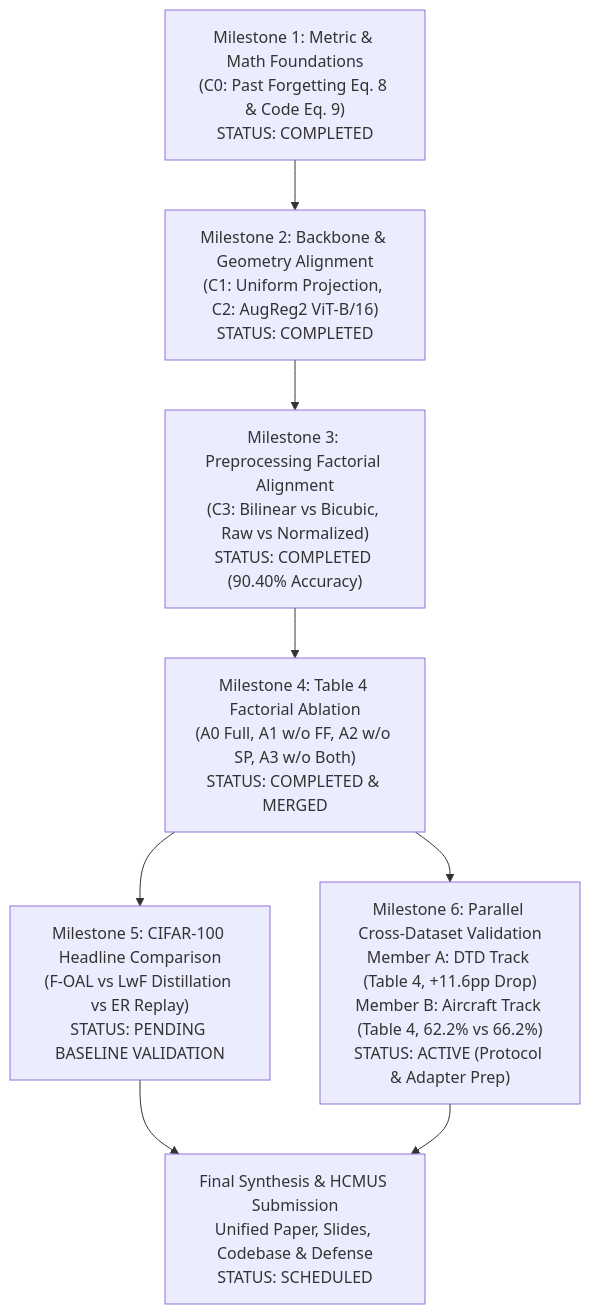
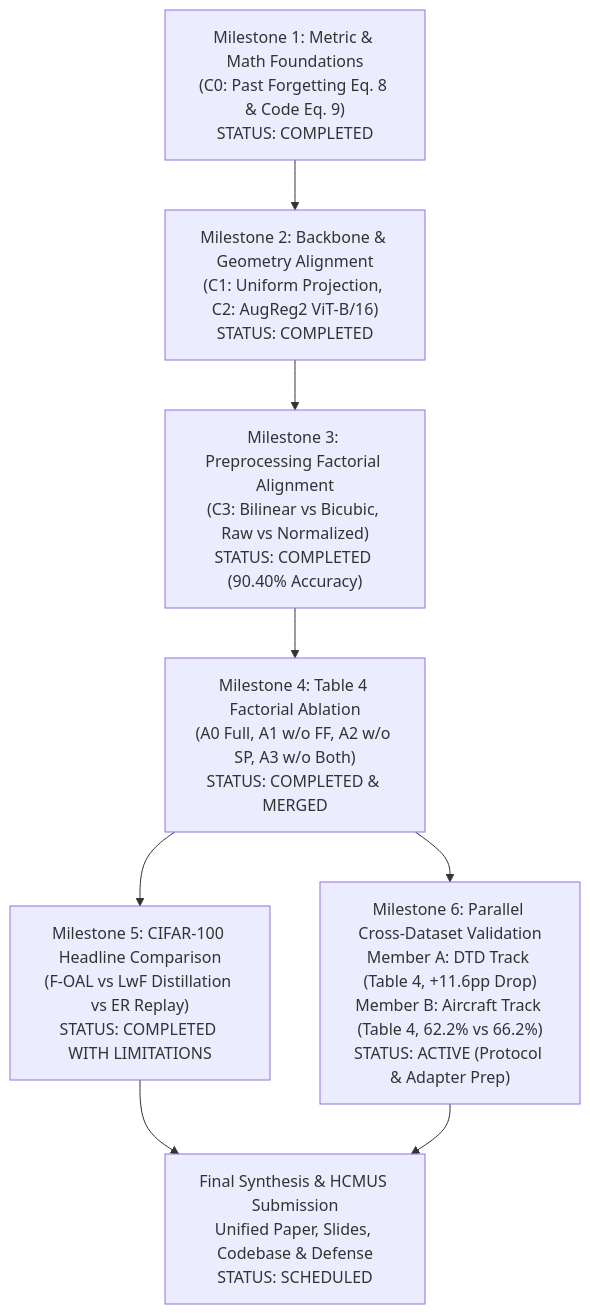
One commit to caoban123/F-OAL changed the diagram in docs/FOAL_FINAL_REPRODUCTION_ROADMAP.md. Above: the diagram before and after it, drawn with Mermaid. The commit also changed other lines of this file and 24 other files, not shown here.

Commit message:
feat(headline): complete official lwf gpu verification, close cifar100 benchmark and hand off cross-dataset roadmap

````diff
--- a/docs/FOAL_FINAL_REPRODUCTION_ROADMAP.md
+++ b/docs/FOAL_FINAL_REPRODUCTION_ROADMAP.md
@@ -14,11 +14,11 @@
 ```mermaid
 flowchart TD
     M1["Milestone 1: Metric & Math Foundations<br>(C0: Past Forgetting Eq. 8 & Code Eq. 9)<br>STATUS: COMPLETED"] --> M2
     M2["Milestone 2: Backbone & Geometry Alignment<br>(C1: Uniform Projection, C2: AugReg2 ViT-B/16)<br>STATUS: COMPLETED"] --> M3
     M3["Milestone 3: Preprocessing Factorial Alignment<br>(C3: Bilinear vs Bicubic, Raw vs Normalized)<br>STATUS: COMPLETED (90.40% Accuracy)"] --> M4
     M4["Milestone 4: Table 4 Factorial Ablation<br>(A0 Full, A1 w/o FF, A2 w/o SP, A3 w/o Both)<br>STATUS: COMPLETED & MERGED"] --> M5
     M4 --> M6
-    M5["Milestone 5: CIFAR-100 Headline Comparison<br>(F-OAL vs LwF Distillation vs ER Replay)<br>STATUS: PENDING BASELINE VALIDATION"] --> Final
+    M5["Milestone 5: CIFAR-100 Headline Comparison<br>(F-OAL vs LwF Distillation vs ER Replay)<br>STATUS: COMPLETED WITH LIMITATIONS"] --> Final
     M6["Milestone 6: Parallel Cross-Dataset Validation<br>Member A: DTD Track (Table 4, +11.6pp Drop)<br>Member B: Aircraft Track (Table 4, 62.2% vs 66.2%)<br>STATUS: ACTIVE (Protocol & Adapter Prep)"] --> Final
     Final["Final Synthesis & HCMUS Submission<br>Unified Paper, Slides, Codebase & Defense<br>STATUS: SCHEDULED"]
 ```
````
